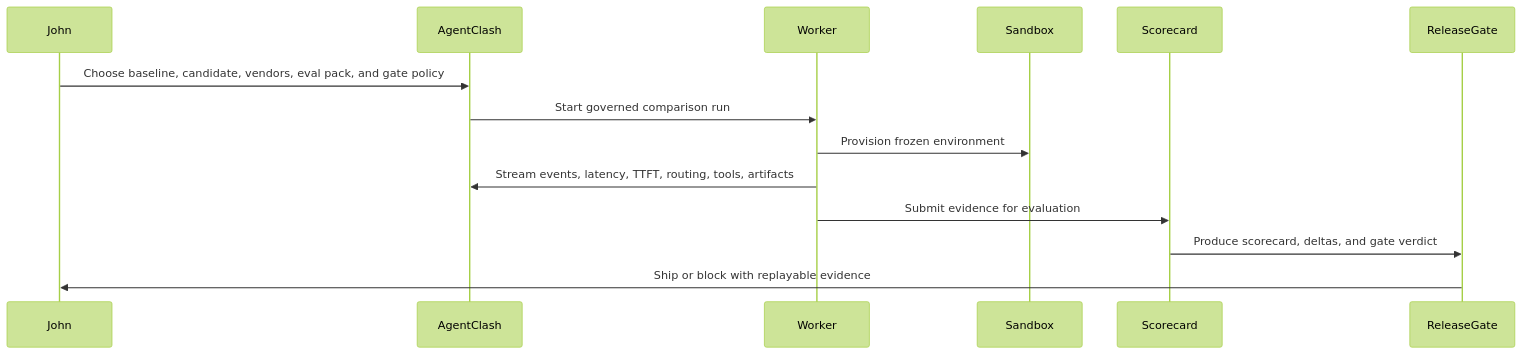
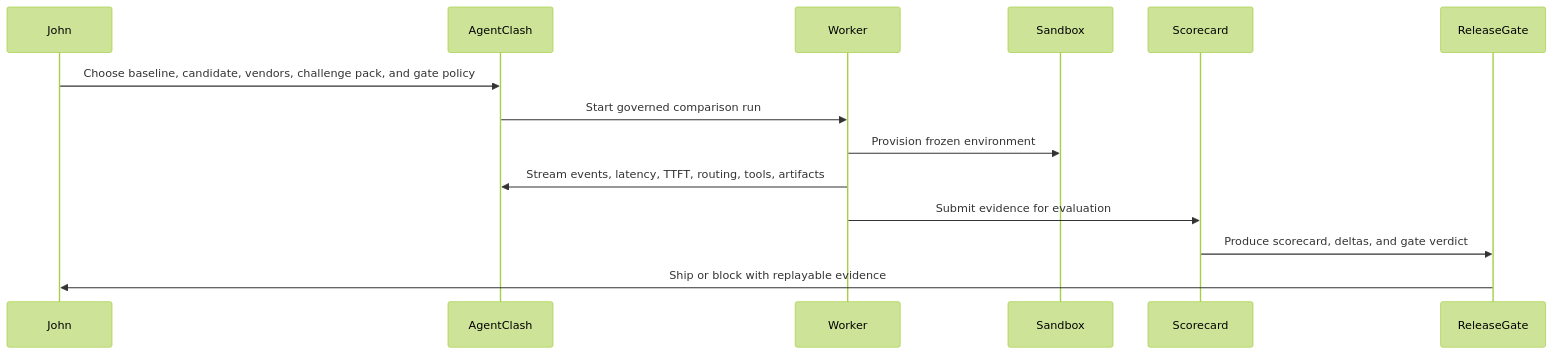
Before and after one commit to agentclash/agentclash: the second of 2 diagrams in docs/product/enterprise-user-pov.md, drawn with Mermaid (forest theme). The commit also changed other lines of this file and 675 other files, not shown here.

First line of the commit message:
Revert "Merge pull request #1121 from agentclash/rename/challenge-pack-to-eval-pack"

````diff
--- a/docs/product/enterprise-user-pov.md
+++ b/docs/product/enterprise-user-pov.md
@@ -264,17 +264,17 @@
 ```mermaid
 sequenceDiagram
     participant John
     participant AgentClash
     participant Worker
     participant Sandbox
     participant Scorecard
     participant ReleaseGate
 
-    John->>AgentClash: Choose baseline, candidate, vendors, eval pack, and gate policy
+    John->>AgentClash: Choose baseline, candidate, vendors, challenge pack, and gate policy
     AgentClash->>Worker: Start governed comparison run
     Worker->>Sandbox: Provision frozen environment
     Worker->>AgentClash: Stream events, latency, TTFT, routing, tools, artifacts
     Worker->>Scorecard: Submit evidence for evaluation
     Scorecard->>ReleaseGate: Produce scorecard, deltas, and gate verdict
     ReleaseGate->>John: Ship or block with replayable evidence
 ```
````
